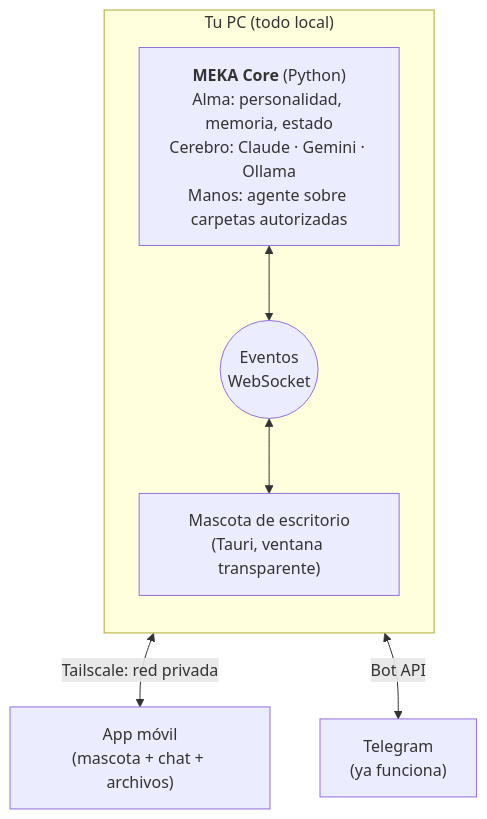
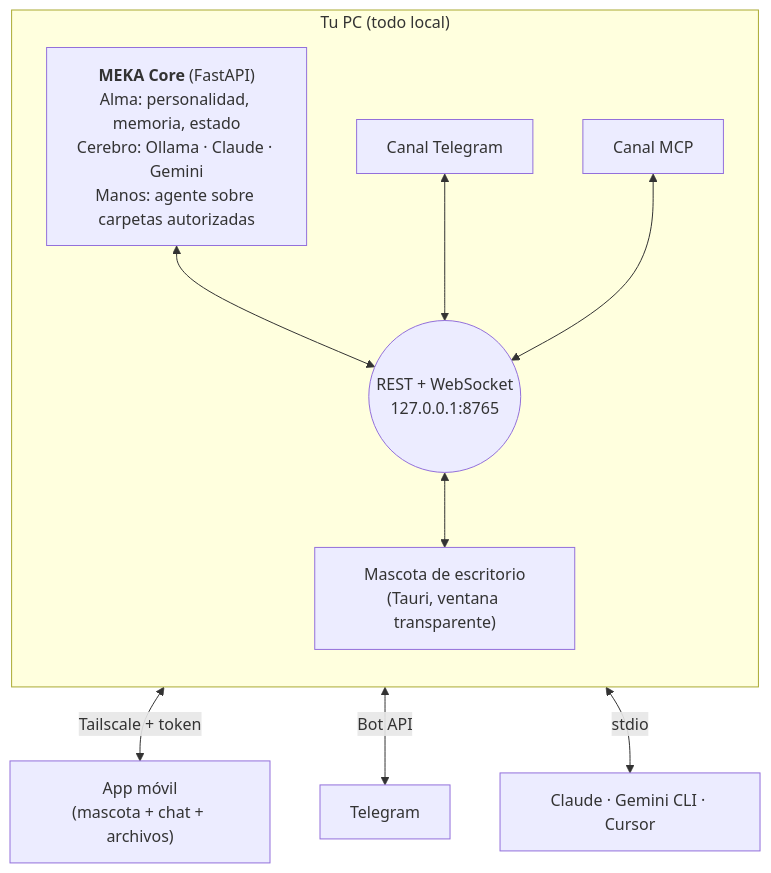
One commit to Nekimu/PROJECT-MEKA changed the diagram in docs/VISION.md. Above: the diagram before and after it, drawn with Mermaid. The commit also changed other lines of this file and 45 other files, not shown here.

First line of the commit message:
feat: MEKA Core como servidor local con Telegram y MCP como clientes

````diff
--- a/docs/VISION.md
+++ b/docs/VISION.md
@@ -32,13 +32,16 @@
 ```mermaid
 flowchart TB
     subgraph PC["Tu PC (todo local)"]
         direction TB
-        CORE["<b>MEKA Core</b> (Python)<br/>Alma: personalidad, memoria, estado<br/>Cerebro: Claude · Gemini · Ollama<br/>Manos: agente sobre carpetas autorizadas"]
-        BUS(("Eventos<br/>WebSocket"))
+        CORE["<b>MEKA Core</b> (FastAPI)<br/>Alma: personalidad, memoria, estado<br/>Cerebro: Ollama · Claude · Gemini<br/>Manos: agente sobre carpetas autorizadas"]
+        BUS(("REST + WebSocket<br/>127.0.0.1:8765"))
         CORE <--> BUS
         PET["Mascota de escritorio<br/>(Tauri, ventana transparente)"]
         BUS <--> PET
+        TGC["Canal Telegram"] <--> BUS
+        MCPC["Canal MCP"] <--> BUS
     end
-    BUS <-->|Tailscale: red privada| APP["App móvil<br/>(mascota + chat + archivos)"]
-    CORE <-->|Bot API| TG["Telegram<br/>(ya funciona)"]
+    BUS <-->|Tailscale + token| APP["App móvil<br/>(mascota + chat + archivos)"]
+    TGC <-->|Bot API| TG["Telegram"]
+    MCPC <-->|stdio| AG["Claude · Gemini CLI · Cursor"]
 ```
````
